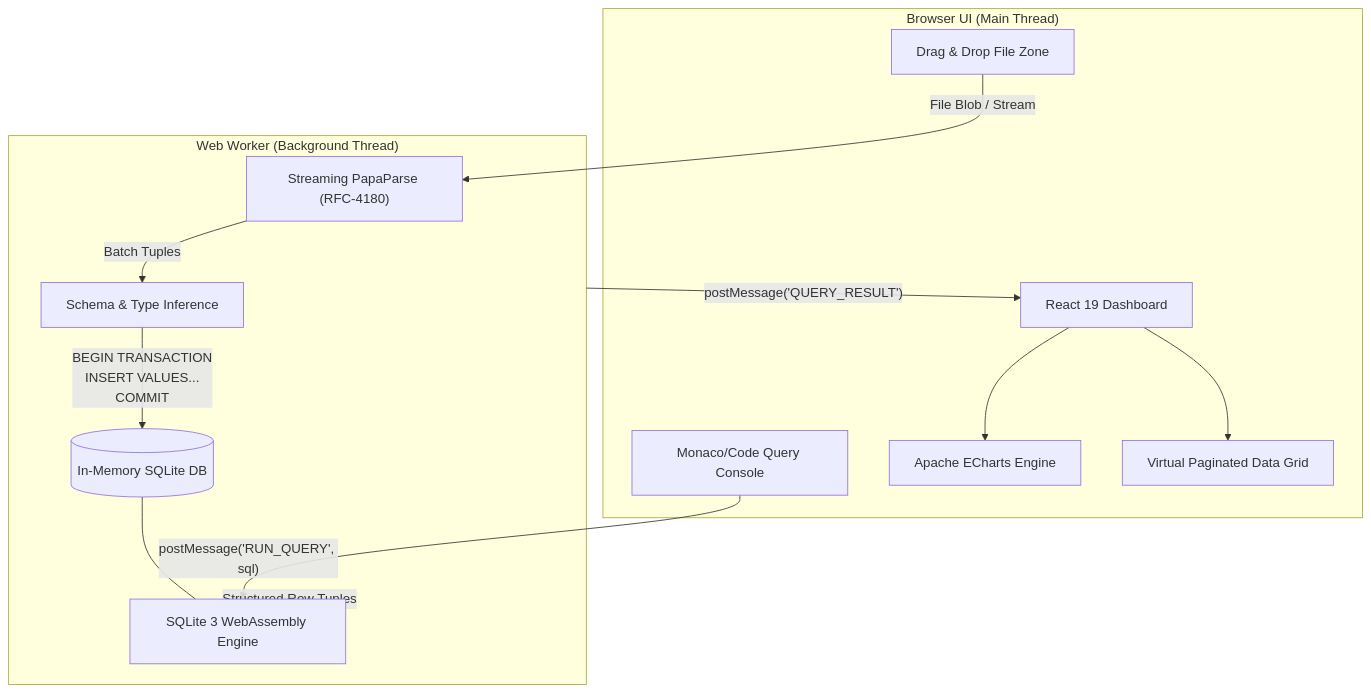
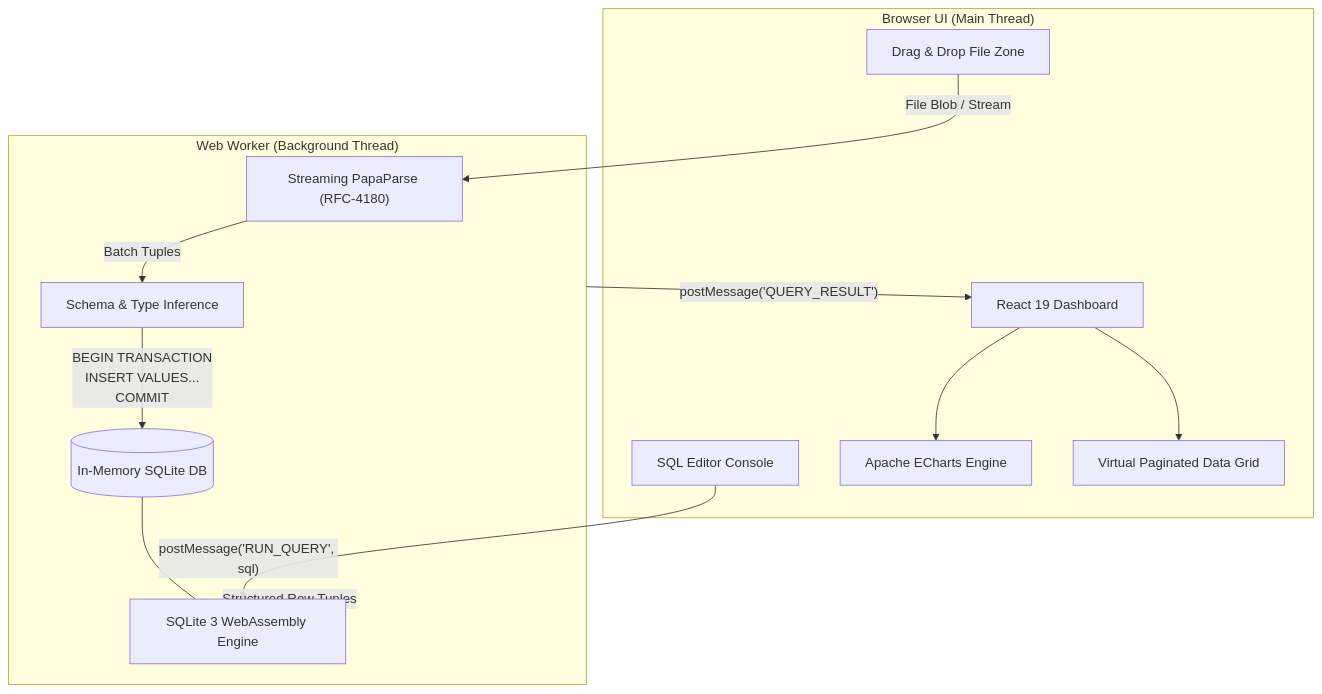
Before and after one commit to Neeraj3102/querydrop: the diagram in README.md, drawn with Mermaid. The commit also changed other lines of this file and 1 other file, not shown here.

Commit message:
docs: add interactive query playground, animated SVG terminal, and expandable FAQ

````diff
--- a/README.md
+++ b/README.md
@@ -66,28 +173,28 @@
 ```mermaid
 flowchart TD
     subgraph Browser_Main_Thread ["Browser UI (Main Thread)"]
         UI["React 19 Dashboard"]
         Dropzone["Drag & Drop File Zone"]
-        SQLEditor["Monaco/Code Query Console"]
+        SQLEditor["SQL Editor Console"]
         Visualizer["Apache ECharts Engine"]
         ResultsGrid["Virtual Paginated Data Grid"]
     end
 
     subgraph Background_Worker ["Web Worker (Background Thread)"]
         Parser["Streaming PapaParse (RFC-4180)"]
         TypeInfer["Schema & Type Inference"]
         WasmEngine["SQLite 3 WebAssembly Engine"]
         MemoryStore[("In-Memory SQLite DB")]
     end
 
     Dropzone -->|"File Blob / Stream"| Parser
     Parser -->|"Batch Tuples"| TypeInfer
     TypeInfer -->|"BEGIN TRANSACTION\nINSERT VALUES...\nCOMMIT"| MemoryStore
     MemoryStore --- WasmEngine
 
     SQLEditor -->|"postMessage('RUN_QUERY', sql)"| WasmEngine
     WasmEngine -->|"Structured Row Tuples"| Background_Worker
     Background_Worker -->|"postMessage('QUERY_RESULT')"| UI
     UI --> ResultsGrid
     UI --> Visualizer
 ```
````
